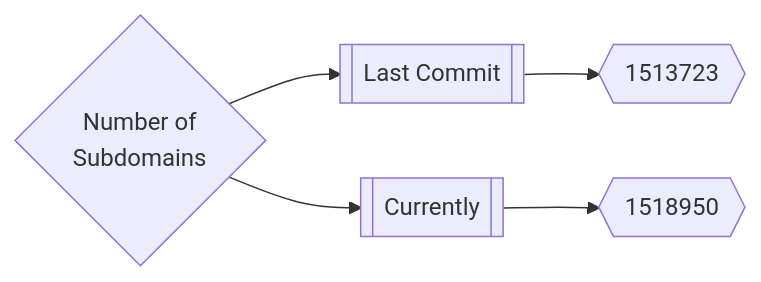
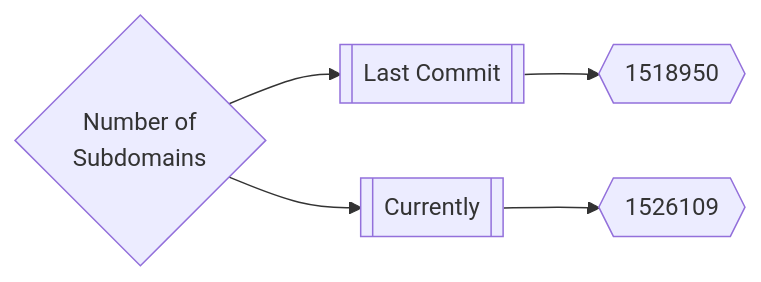
The first of 3 diagrams in README.md (trickest/inventory), drawn with Mermaid before and after one commit. The commit also changed other lines of this file, not shown here.

Commit message:
Update Fri Apr 22 13:59:48 UTC 2022

````diff
--- a/README.md
+++ b/README.md
@@ -165,5 +165,5 @@
 ```mermaid
 graph LR
-title{Number of<br>Subdomains} --> subdomainsDate1[[Last Commit]] --> subdomainsNum1{{1513723}}
-title --> subdomainsDate2[[Currently]] --> subdomainsNum2{{1518950}}
+title{Number of<br>Subdomains} --> subdomainsDate1[[Last Commit]] --> subdomainsNum1{{1518950}}
+title --> subdomainsDate2[[Currently]] --> subdomainsNum2{{1526109}}
 ```
````
